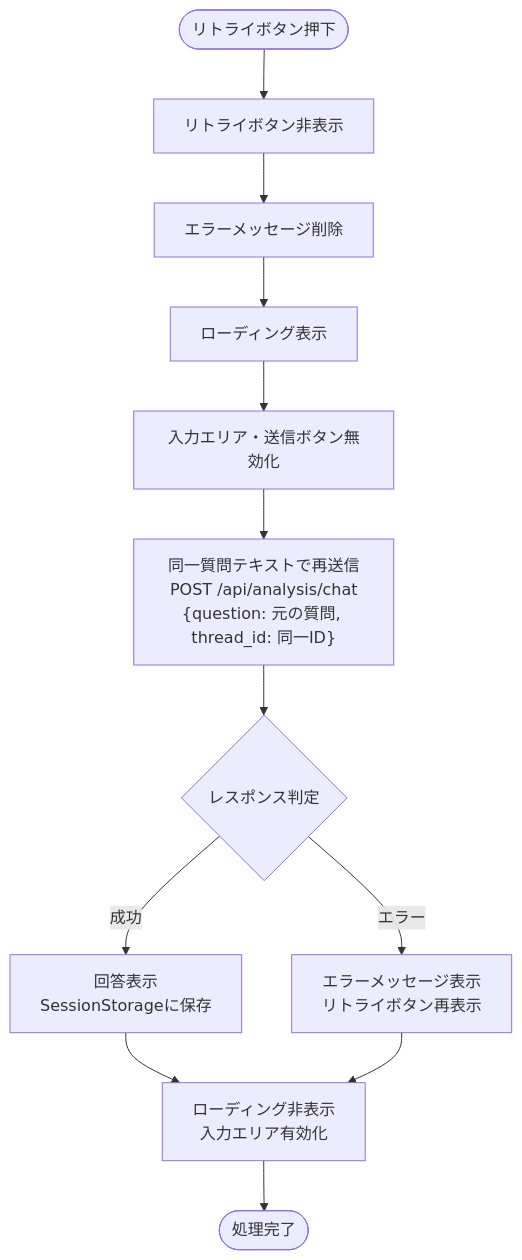
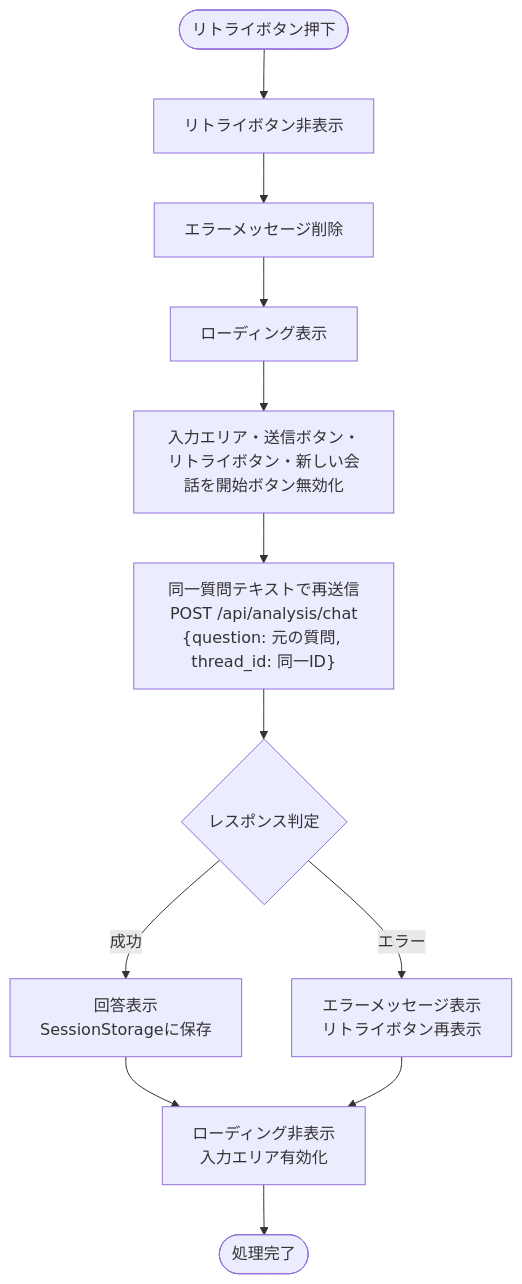
One commit to NSW-SVCP-AIWG002/Databricks-IoT changed the sixth of 8 diagrams in docs/03-features/flask-app/conversational-ai-chat/workflow-specification.md. Above: the diagram before and after it, drawn with Mermaid. The commit also changed 7 other files, not shown here.

````diff
--- a/docs/03-features/flask-app/conversational-ai-chat/workflow-specification.md
+++ b/docs/03-features/flask-app/conversational-ai-chat/workflow-specification.md
@@ -842,14 +842,14 @@
 ```mermaid
 flowchart TD
     Start([リトライボタン押下]) --> HideRetry[リトライボタン非表示]
     HideRetry --> RemoveError[エラーメッセージ削除]
     RemoveError --> ShowLoading[ローディング表示]
-    ShowLoading --> DisableInput[入力エリア・送信ボタン無効化]
+    ShowLoading --> DisableInput[入力エリア・送信ボタン・リトライボタン・新しい会話を開始ボタン無効化]
     DisableInput --> Resend["同一質問テキストで再送信<br>POST /api/analysis/chat<br>{question: 元の質問, thread_id: 同一ID}"]
     Resend --> CheckResponse{レスポンス判定}
     CheckResponse -->|成功| DisplayAnswer[回答表示<br>SessionStorageに保存]
     CheckResponse -->|エラー| ShowError[エラーメッセージ表示<br>リトライボタン再表示]
     DisplayAnswer --> Enable[ローディング非表示<br>入力エリア有効化]
     ShowError --> Enable
     Enable --> End([処理完了])
 ```
````
